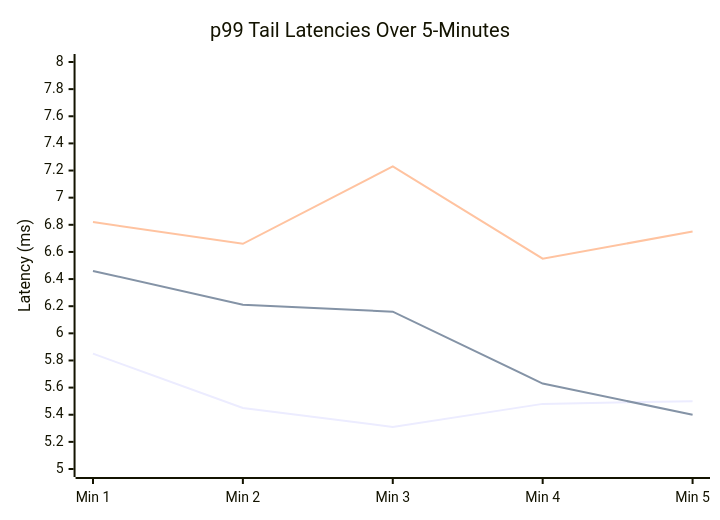
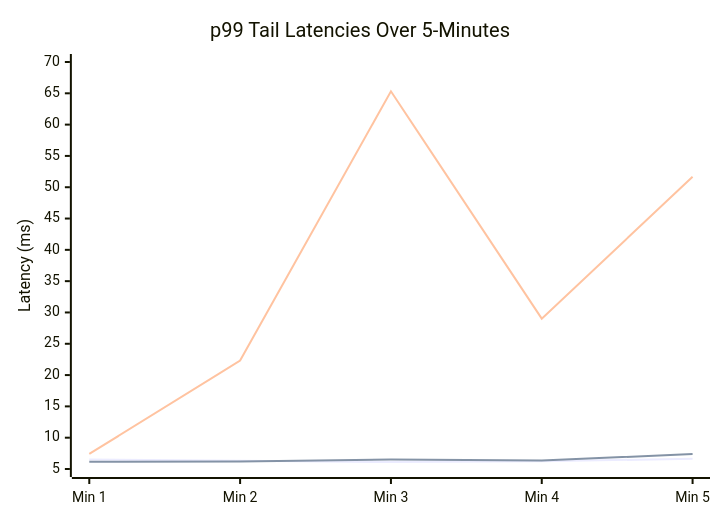
The diagram in google-cloud-bigtable/YCSB_BENCHMARK_STATUS.md (justinuang/google-cloud-ruby), drawn with Mermaid before and after one commit. The commit also changed other lines of this file and 1 other file, not shown here.

Commit message:
Consume full stream

````diff
--- a/google-cloud-bigtable/YCSB_BENCHMARK_STATUS.md
+++ b/google-cloud-bigtable/YCSB_BENCHMARK_STATUS.md
@@ -166,9 +166,9 @@
 ```mermaid
 xychart-beta
     title "p99 Tail Latencies Over 5-Minutes"
     x-axis ["Min 1", "Min 2", "Min 3", "Min 4", "Min 5"]
-    y-axis "Latency (ms)" 5 --> 8
-    line [5.85, 5.45, 5.31, 5.48, 5.50]
-    line [6.46, 6.21, 6.16, 5.63, 5.40]
-    line [6.82, 6.66, 7.23, 6.55, 6.75]
+    y-axis "Latency (ms)" 5 --> 70
+    line [6.51, 6.30, 6.10, 6.23, 6.63]
+    line [6.16, 6.20, 6.51, 6.36, 7.38]
+    line [7.40, 22.31, 65.32, 29.01, 51.67]
 ```
````
